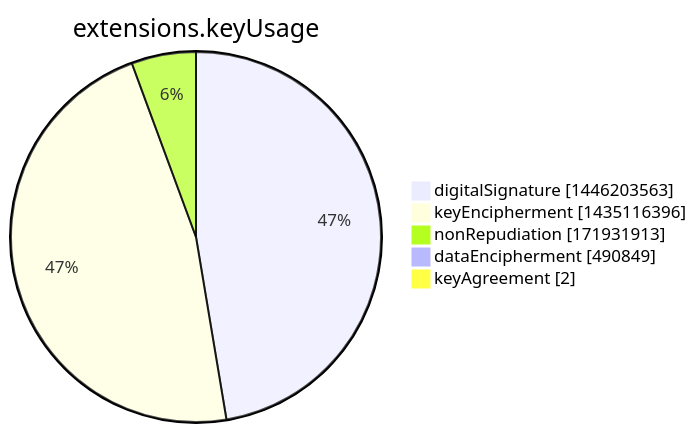
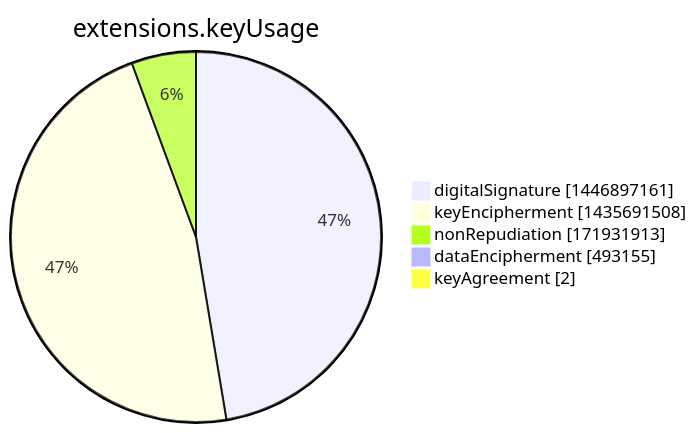
The seventh of 15 diagrams in argon2022/README.md (christiankrug/ctmonitor_visualization), drawn with Mermaid before and after one commit. The commit also changed other lines of this file, not shown here.

````diff
--- a/argon2022/README.md
+++ b/argon2022/README.md
@@ -2751,9 +2751,9 @@
 ```mermaid
 pie showData
 title extensions.keyUsage
-"digitalSignature" :1446203563
-"keyEncipherment" :1435116396
+"digitalSignature" :1446897161
+"keyEncipherment" :1435691508
 "nonRepudiation" :171931913
-"dataEncipherment" :490849
+"dataEncipherment" :493155
 "keyAgreement" :2
 ```
````
